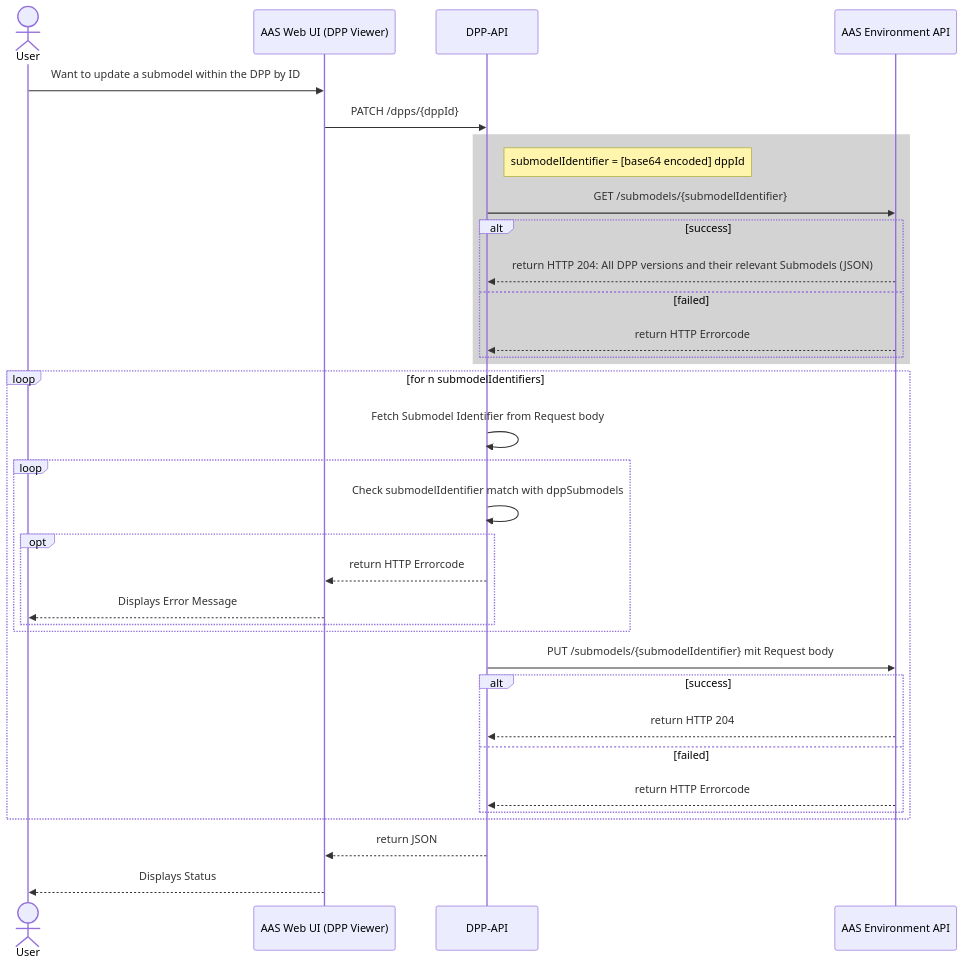
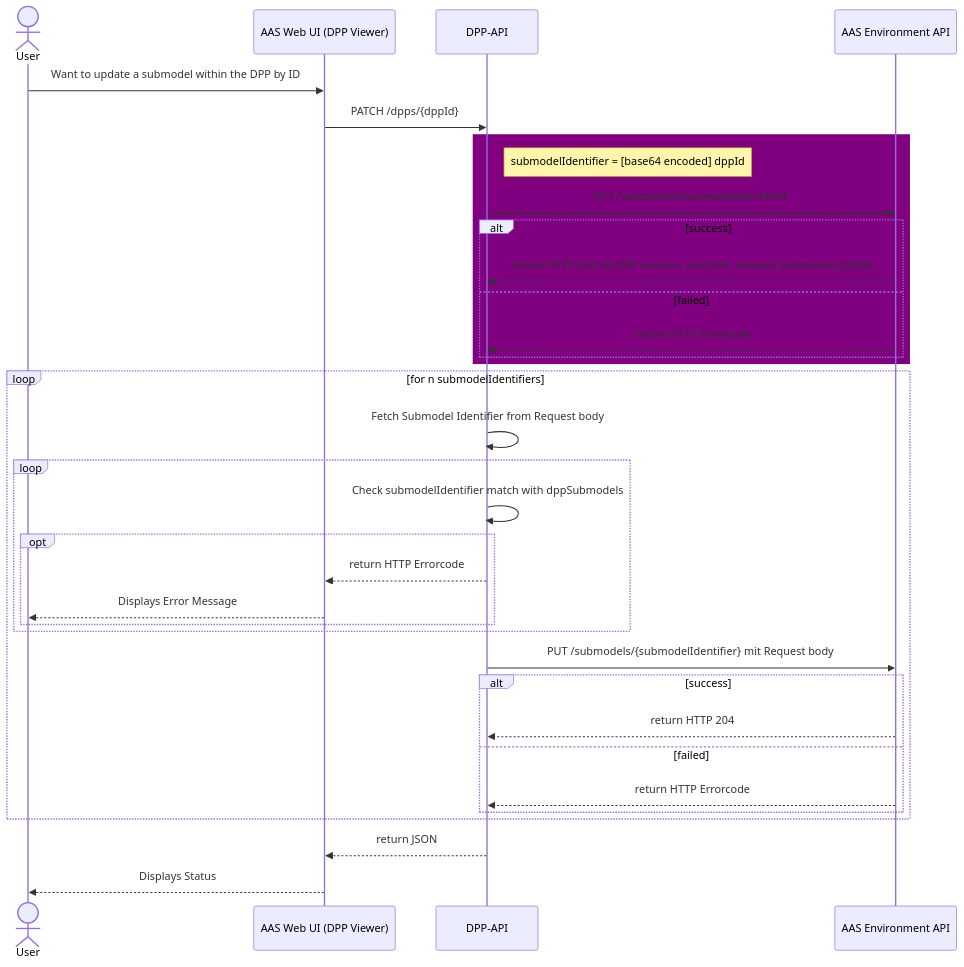
Before and after one commit to DHBW-TINF24F/Team6-BaSyx-DPP-API: the third of 8 diagrams in PROJECT/SAS/mapping.md, drawn with Mermaid.

Commit message:
change back to purple bg

````diff
--- a/PROJECT/SAS/mapping.md
+++ b/PROJECT/SAS/mapping.md
@@ -107,44 +107,44 @@
 ```mermaid
 sequenceDiagram
   actor User
   participant Web as AAS Web UI (DPP Viewer)
   participant API as DPP-API
   participant Env as AAS Environment API
 
   User->>Web: Want to update a submodel within the DPP by ID
   Web->>API: PATCH /dpps/{dppId}
 
-  rect lightgray
+  rect purple
     Note right of API: submodelIdentifier = [base64 encoded] dppId
     API->>Env: GET /submodels/{submodelIdentifier}
     alt success
         Env-->>API: return HTTP 204: All DPP versions and their relevant Submodels (JSON)
     else failed
         Env-->>API: return HTTP Errorcode
     end
   end
 
   loop for n submodelIdentifiers
     API->>API: Fetch Submodel Identifier from Request body
 
     loop
         API->>API: Check submodelIdentifier match with dppSubmodels
 
         opt
             API-->>Web: return HTTP Errorcode
             Web-->>User: Displays Error Message
         end
     end
 
     API->>Env: PUT /submodels/{submodelIdentifier} mit Request body
     
     alt success
         Env-->>API: return HTTP 204
     else failed
         Env-->>API: return HTTP Errorcode
     end
   end
   
   API-->>Web: return JSON
   Web-->>User: Displays Status
 ```
````
